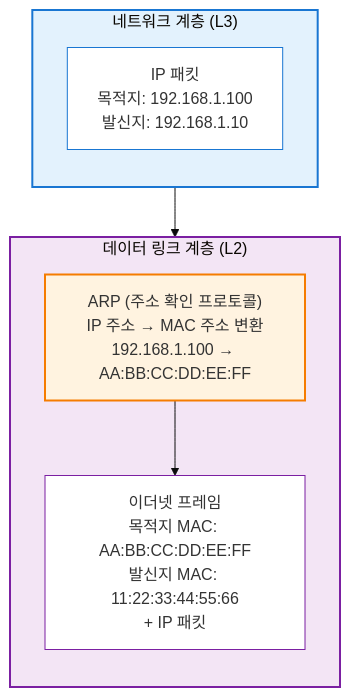
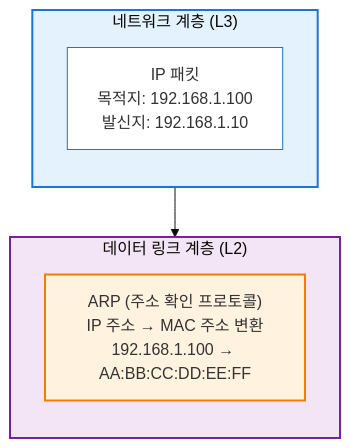
One commit to yumin00/blog changed the second of 4 diagrams in content/post/Network/네트워크-프로토콜-입문을-읽고_레이어2-프로토콜-이해하기.md. Above: the diagram before and after it, drawn with Mermaid (base theme). The commit also changed other lines of this file, not shown here.

Commit message:
chore: 네트워크 프로토콜 입문을 읽고-ARP

````diff
--- a/content/post/Network/네트워크-프로토콜-입문을-읽고_레이어2-프로토콜-이해하기.md
+++ b/content/post/Network/네트워크-프로토콜-입문을-읽고_레이어2-프로토콜-이해하기.md
@@ -118,23 +118,19 @@
 ```mermaid
 flowchart TB
     subgraph L3["네트워크 계층 (L3)"]
         direction TB
         IP[IP 패킷<br/>목적지: 192.168.1.100<br/>발신지: 192.168.1.10]
     end
     
     subgraph L2["데이터 링크 계층 (L2)"]
         direction TB
         ARP["ARP (주소 확인 프로토콜)<br/>IP 주소 → MAC 주소 변환<br/>192.168.1.100 → AA:BB:CC:DD:EE:FF"]
-        FRAME[이더넷 프레임<br/>목적지 MAC: AA:BB:CC:DD:EE:FF<br/>발신지 MAC: 11:22:33:44:55:66<br/>+ IP 패킷]
-        
-        ARP --> FRAME
     end
     
     IP --> ARP
     
     style L3 fill:#e3f2fd,stroke:#1976d2,stroke-width:2px
     style L2 fill:#f3e5f5,stroke:#7b1fa2,stroke-width:2px
     style IP fill:#fff,stroke:#1976d2,stroke-width:1px
     style ARP fill:#fff3e0,stroke:#f57c00,stroke-width:2px
-    style FRAME fill:#fff,stroke:#7b1fa2,stroke-width:1px
 ```
````
